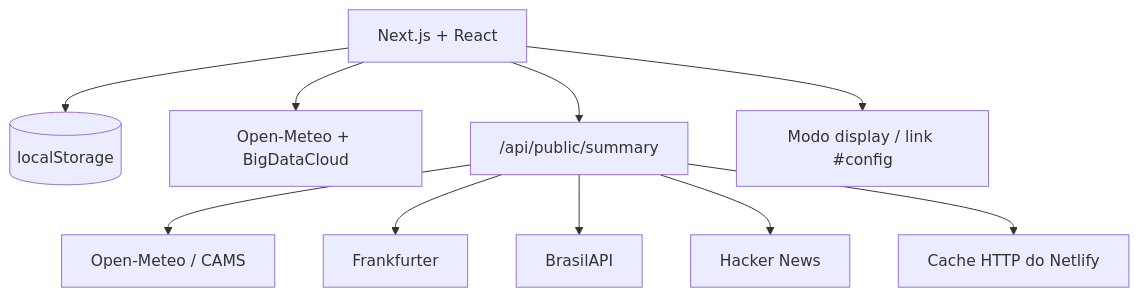
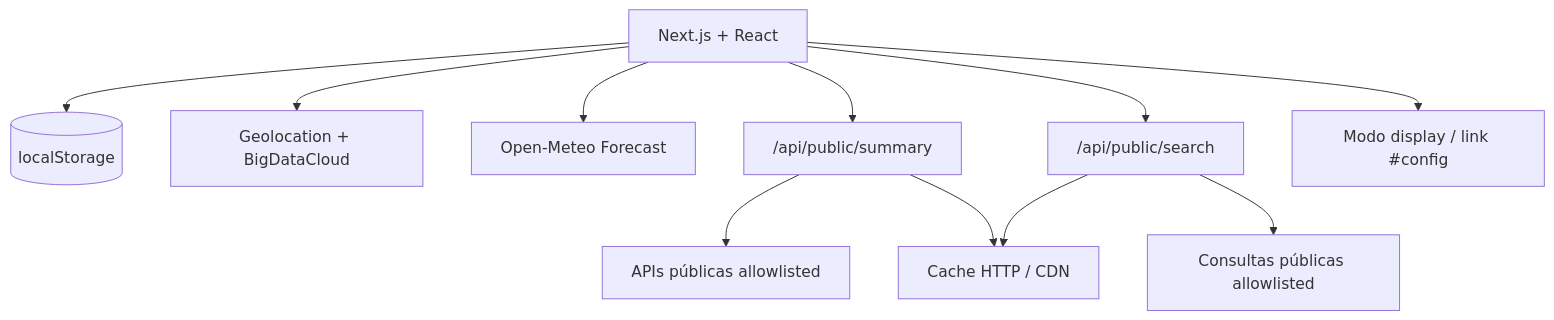
Before and after one commit to RaphaelTW/LumaBoard: the diagram in README.md, drawn with Mermaid. The commit also changed other lines of this file and 14 other files, not shown here.

````diff
--- a/README.md
+++ b/README.md
@@ -89,12 +179,13 @@
 ```mermaid
 flowchart TD
     Browser["Next.js + React"] --> Local[("localStorage")]
-    Browser --> Weather["Open-Meteo + BigDataCloud"]
-    Browser --> Route["/api/public/summary"]
-    Route --> Air["Open-Meteo / CAMS"]
-    Route --> FX["Frankfurter"]
-    Route --> Holidays["BrasilAPI"]
-    Route --> News["Hacker News"]
-    Route --> CDN["Cache HTTP do Netlify"]
+    Browser --> Geo["Geolocation + BigDataCloud"]
+    Browser --> Weather["Open-Meteo Forecast"]
+    Browser --> Summary["/api/public/summary"]
+    Browser --> Search["/api/public/search"]
+    Summary --> PublicAPIs["APIs públicas allowlisted"]
+    Search --> SearchAPIs["Consultas públicas allowlisted"]
+    Summary --> CDN["Cache HTTP / CDN"]
+    Search --> CDN
     Browser --> Display["Modo display / link #config"]
 ```
````
